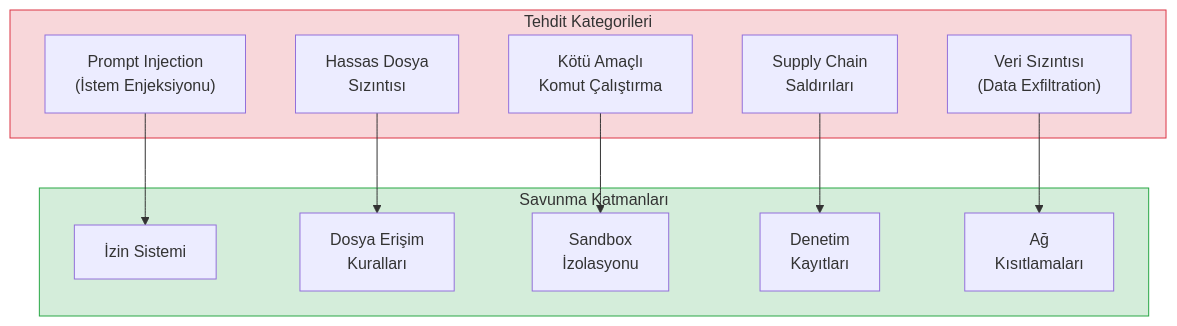
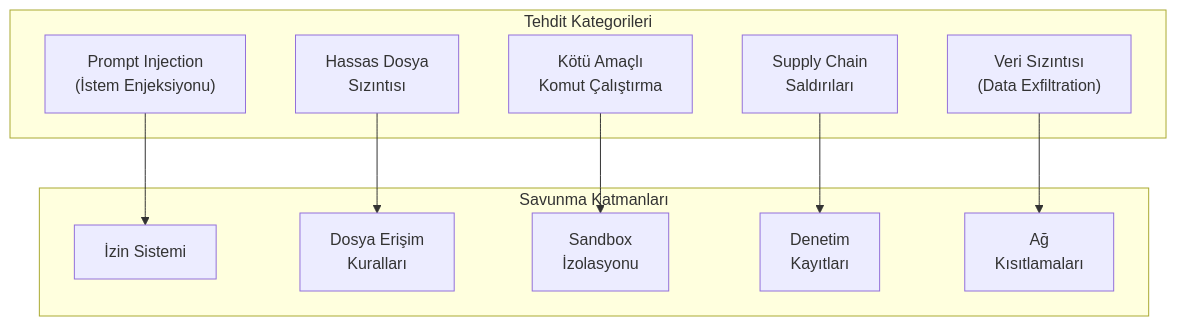
The first of 5 diagrams in 10-izinler-ve-guvenlik/05-guvenlik-en-iyi-uygulamalar.md (IzzetYasinAtes/ClaudeCodeHandbook), drawn with Mermaid before and after one commit. The commit also changed other lines of this file and 97 other files, not shown here.

Commit message:
Remove all custom Mermaid style/fill colors from 98 markdown files for consistent dark theme rendering

````diff
--- a/10-izinler-ve-guvenlik/05-guvenlik-en-iyi-uygulamalar.md
+++ b/10-izinler-ve-guvenlik/05-guvenlik-en-iyi-uygulamalar.md
@@ -20,27 +20,25 @@
 ```mermaid
 flowchart TD
     subgraph tehditler ["Tehdit Kategorileri"]
         T1["Prompt Injection<br/>(İstem Enjeksiyonu)"]
         T2["Hassas Dosya<br/>Sızıntısı"]
         T3["Kötü Amaçlı<br/>Komut Çalıştırma"]
         T4["Supply Chain<br/>Saldırıları"]
         T5["Veri Sızıntısı<br/>(Data Exfiltration)"]
     end
 
     subgraph savunma ["Savunma Katmanları"]
         S1["İzin Sistemi"]
         S2["Dosya Erişim<br/>Kuralları"]
         S3["Sandbox<br/>İzolasyonu"]
         S4["Denetim<br/>Kayıtları"]
         S5["Ağ<br/>Kısıtlamaları"]
     end
 
     T1 --> S1
     T2 --> S2
     T3 --> S3
     T4 --> S4
     T5 --> S5
 
-    style tehditler fill:#f8d7da,stroke:#dc3545
-    style savunma fill:#d4edda,stroke:#28a745
 ```
````
